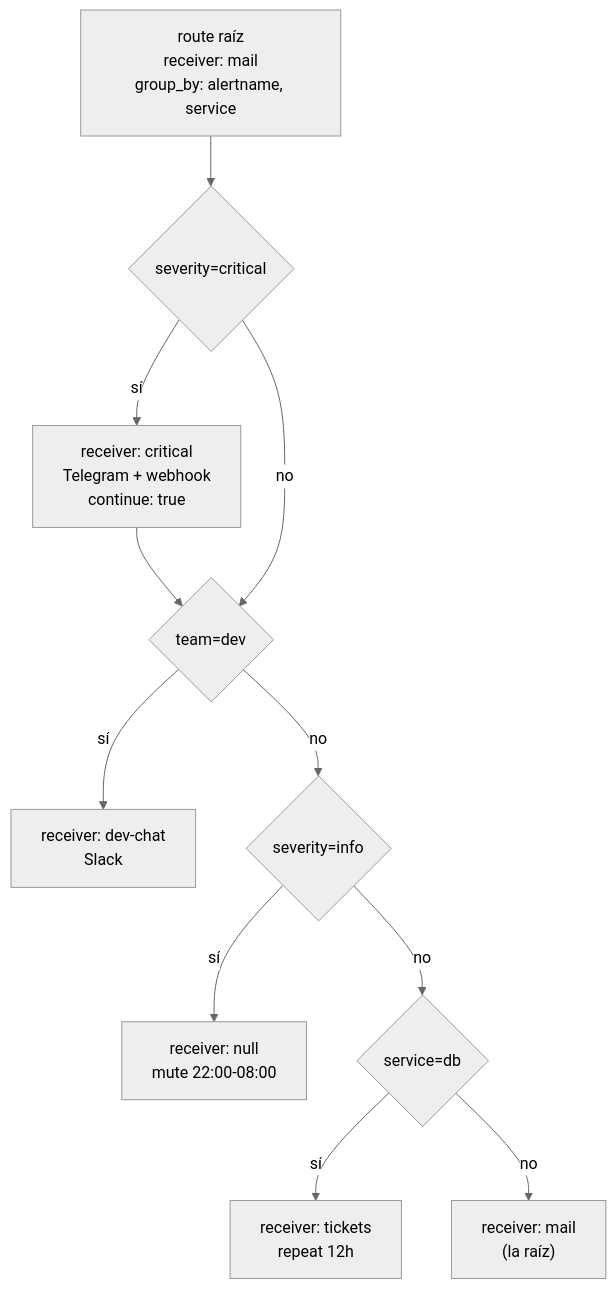
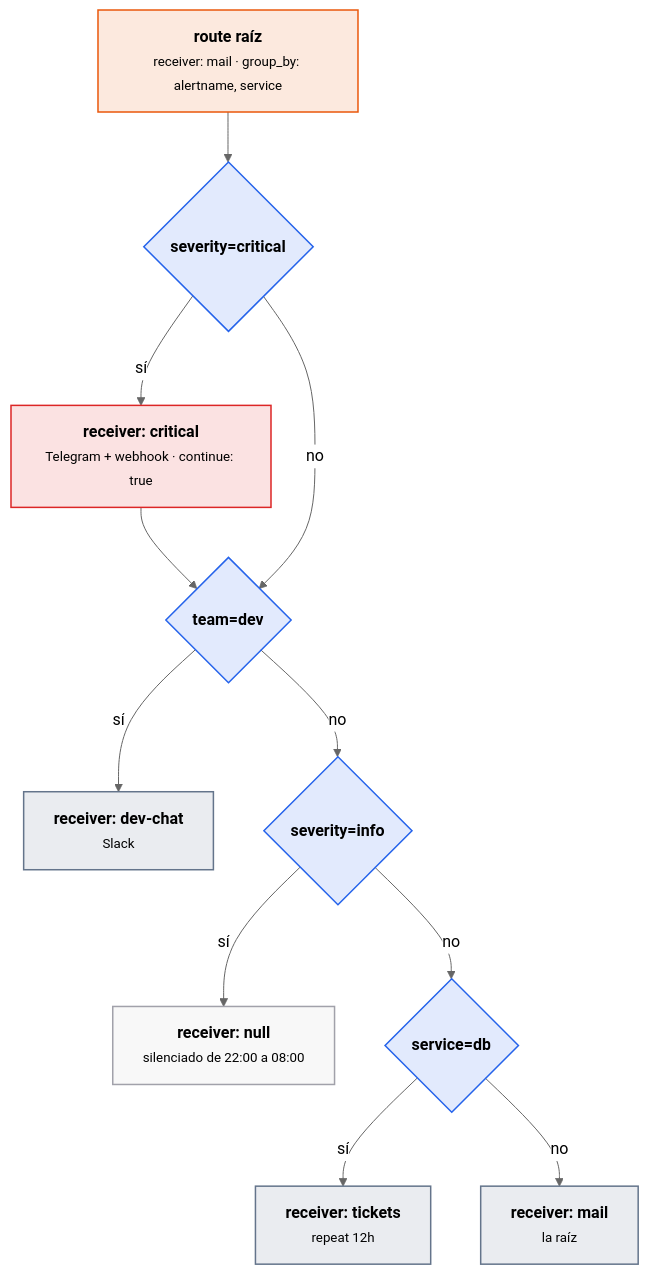
The fourth of 6 diagrams in docs/ut/ut2-alarmas.md (victor-educ/apuntes-5169), drawn with Mermaid (neutral theme) before and after one commit. The commit also changed other lines of this file and 13 other files, not shown here.

First line of the commit message:
Temporalización definitiva, gramática visual y diagramas en todas las unidades

````diff
--- a/docs/ut/ut2-alarmas.md
+++ b/docs/ut/ut2-alarmas.md
@@ -666,13 +699,28 @@
 ```mermaid
 flowchart TD
-  ROOT["route raíz<br/>receiver: mail<br/>group_by: alertname, service"] --> C{"severity=critical"}
-  C -- sí --> CR["receiver: critical<br/>Telegram + webhook<br/>continue: true"]
-  CR --> D{"team=dev"}
-  C -- no --> D
-  D -- sí --> DEV["receiver: dev-chat<br/>Slack"]
-  D -- no --> I{"severity=info"}
-  I -- sí --> NUL["receiver: null<br/>mute 22:00-08:00"]
-  I -- no --> DB{"service=db"}
-  DB -- sí --> TK["receiver: tickets<br/>repeat 12h"]
-  DB -- no --> MAIL["receiver: mail<br/>(la raíz)"]
+    ROOT["<b>route raíz</b><br><small>receiver: mail · group_by: alertname, service</small>"]:::act
+    C{"<b>severity=critical</b>"}:::dato
+    CR["<b>receiver: critical</b><br><small>Telegram + webhook · continue: true</small>"]:::riesgo
+    D{"<b>team=dev</b>"}:::dato
+    DEV["<b>receiver: dev-chat</b><br><small>Slack</small>"]:::pieza
+    I{"<b>severity=info</b>"}:::dato
+    NUL["<b>receiver: null</b><br><small>silenciado de 22:00 a 08:00</small>"]:::infra
+    DB{"<b>service=db</b>"}:::dato
+    TK["<b>receiver: tickets</b><br><small>repeat 12h</small>"]:::pieza
+    MAIL["<b>receiver: mail</b><br><small>la raíz</small>"]:::pieza
+    ROOT --> C
+    C -- sí --> CR --> D
+    C -- no --> D
+    D -- sí --> DEV
+    D -- no --> I
+    I -- sí --> NUL
+    I -- no --> DB
+    DB -- sí --> TK
+    DB -- no --> MAIL
+    classDef act fill:#ea580c22,stroke:#ea580c,stroke-width:1.5px
+    classDef pieza fill:#64748b22,stroke:#64748b,stroke-width:1.5px
+    classDef dato fill:#2563eb22,stroke:#2563eb,stroke-width:1.5px
+    classDef infra fill:#a1a1aa14,stroke:#a1a1aa,stroke-width:1.5px
+    classDef ok fill:#16a34a22,stroke:#16a34a,stroke-width:1.5px
+    classDef riesgo fill:#dc262622,stroke:#dc2626,stroke-width:1.5px
 ```
````
